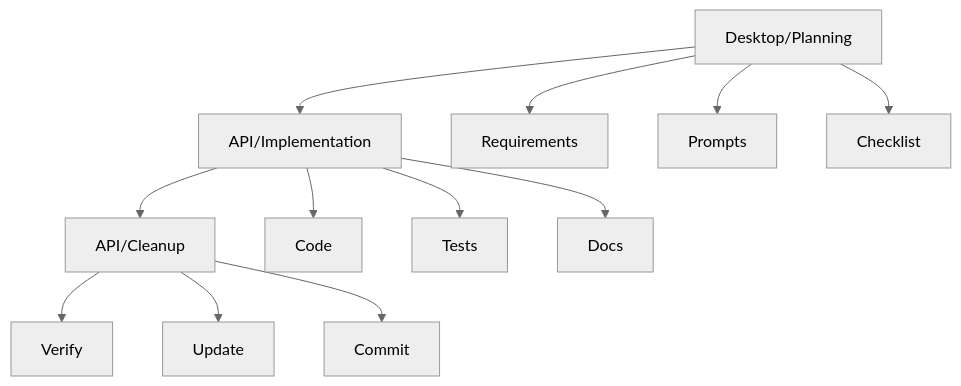
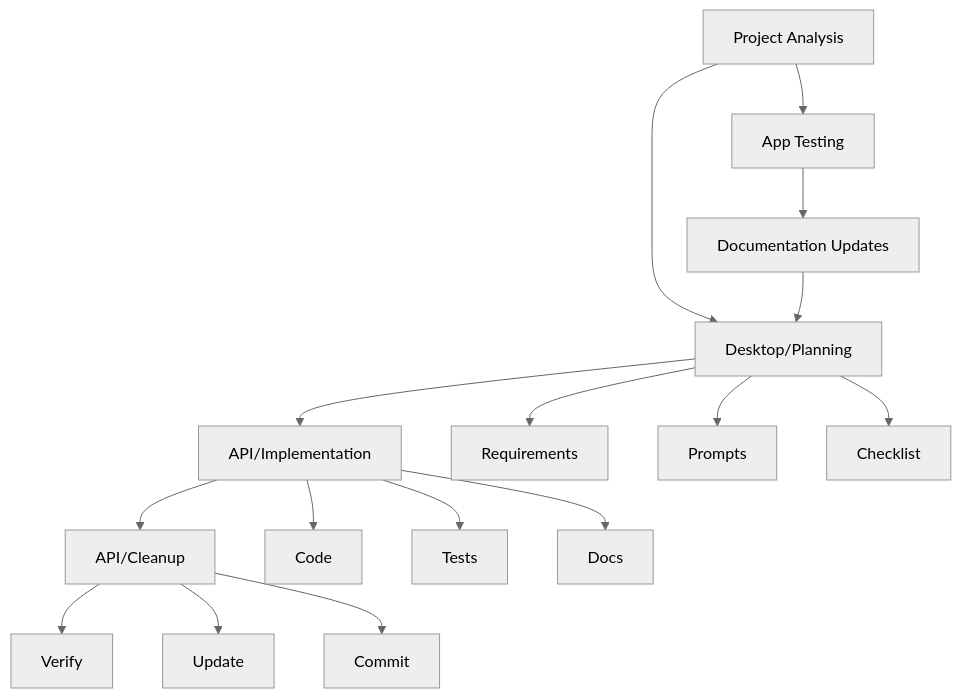
Before and after one commit to jerseycheese/BootHillGM: the diagram in Docs/development/workflows/claude-workflow.md, drawn with Mermaid (neutral theme). The commit also changed other lines of this file and 3 other files, not shown here.

Commit message:
Add initial Phase 1 workflow task prompts (project analysis, walkthrough assistant).

````diff
--- a/Docs/development/workflows/claude-workflow.md
+++ b/Docs/development/workflows/claude-workflow.md
@@ -15,14 +54,18 @@
 ```mermaid
 graph TD
+    Z[Project Analysis] --> A[Desktop/Planning]
+    Z --> M[App Testing]
+    M --> N[Documentation Updates]
+    N --> A
     A[Desktop/Planning] --> B[API/Implementation]
     B --> C[API/Cleanup]
     A --> D[Requirements]
     A --> E[Prompts]
     A --> F[Checklist]
     B --> G[Code]
     B --> H[Tests]
     B --> I[Docs]
     C --> J[Verify]
     C --> K[Update]
     C --> L[Commit]
 ```
````
